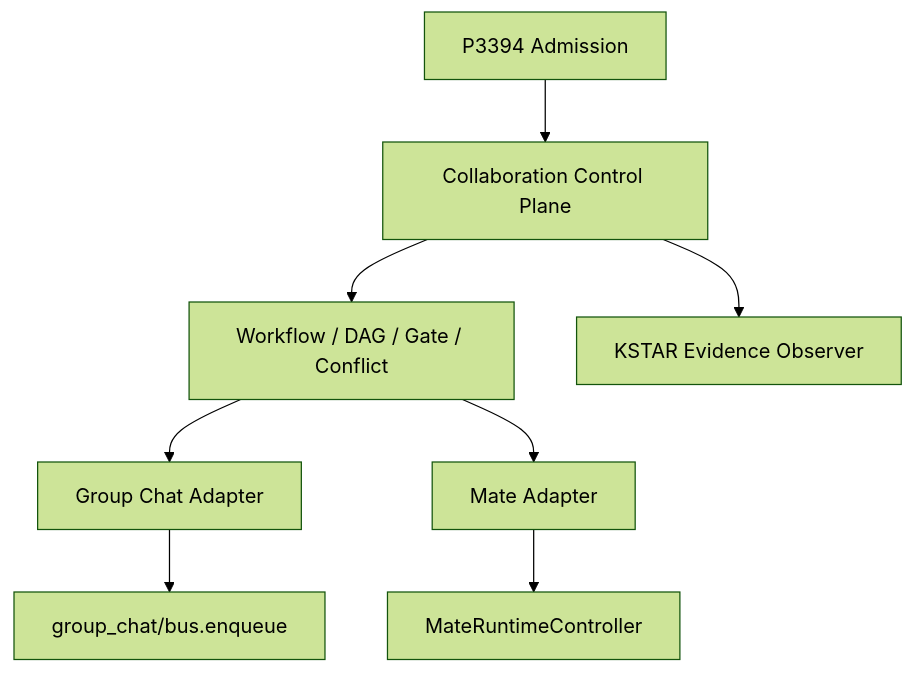
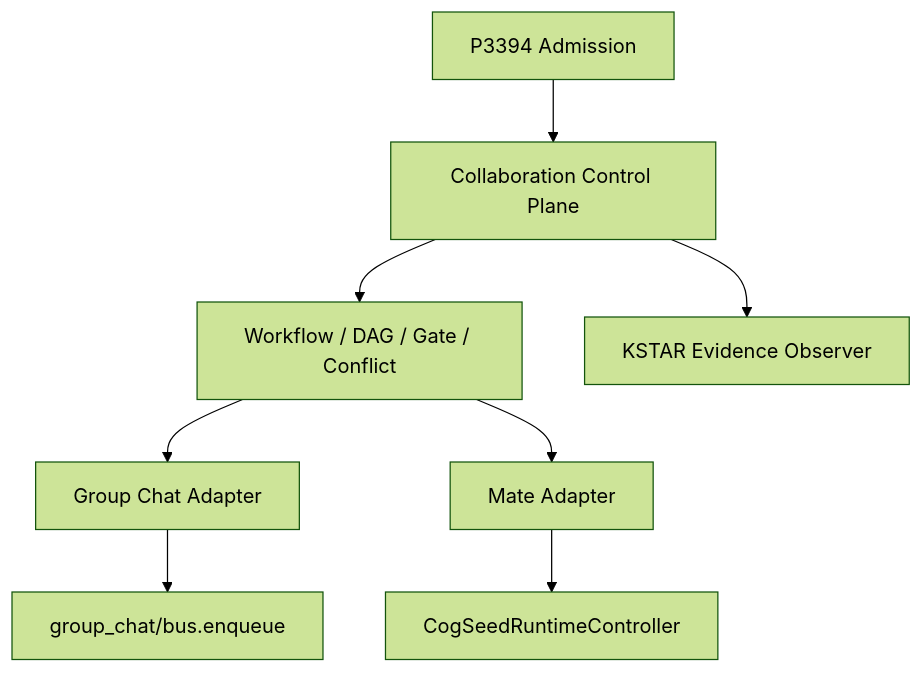
The diagram in docs/superpowers/specs/2026-08-05-collaboration-control-plane-extraction-design.md (bonc-ai/cogseed), drawn with Mermaid (forest theme) before and after one commit. The commit also changed other lines of this file and 930 other files, not shown here.

Commit message:
refactor: rename runtime contracts to CogSeed

````diff
--- a/docs/superpowers/specs/2026-08-05-collaboration-control-plane-extraction-design.md
+++ b/docs/superpowers/specs/2026-08-05-collaboration-control-plane-extraction-design.md
@@ -20,10 +20,10 @@
 ```mermaid
 flowchart TD
   A["P3394 Admission"] --> C["Collaboration Control Plane"]
   C --> W["Workflow / DAG / Gate / Conflict"]
   W --> G["Group Chat Adapter"]
   W --> M["Mate Adapter"]
   G --> B["group_chat/bus.enqueue"]
-  M --> R["MateRuntimeController"]
+  M --> R["CogSeedRuntimeController"]
   C --> K["KSTAR Evidence Observer"]
 ```
````
